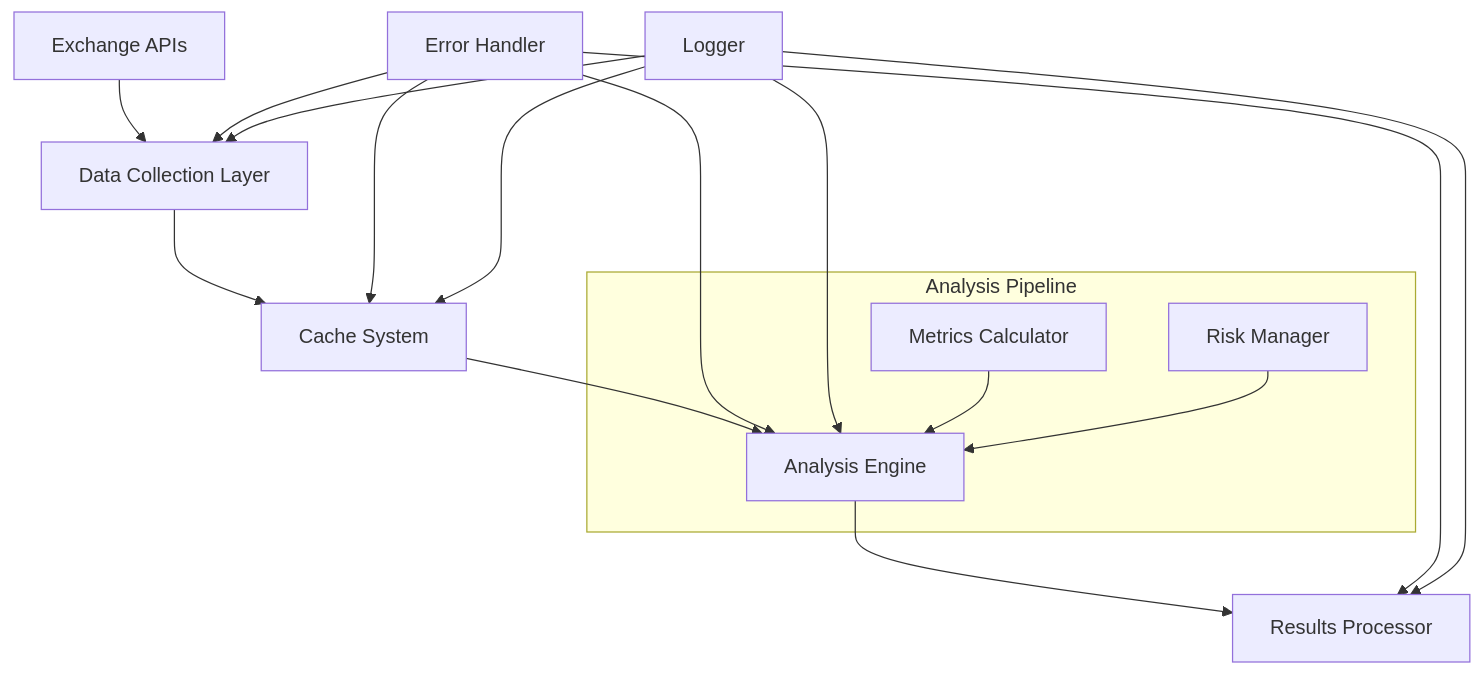
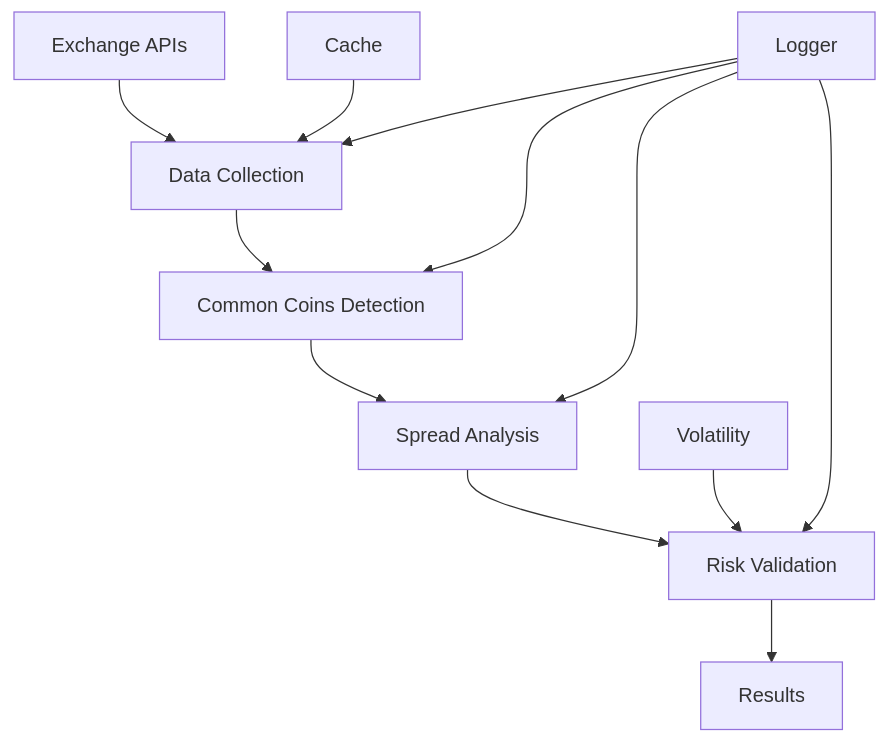
Before and after one commit to nadeko0/arbitrage_analysis: the first of 2 diagrams in README.md, drawn with Mermaid. The commit also changed other lines of this file, not shown here.

````diff
--- a/README.md
+++ b/README.md
@@ -106,18 +103,12 @@
 ```mermaid
 graph TB
-    A[Exchange APIs] --> B[Data Collection Layer]
-    B --> C[Cache System]
-    C --> D[Analysis Engine]
-    D --> E[Results Processor]
+    A[Exchange APIs] --> B[Data Collection]
+    B --> C[Common Coins Detection]
+    C --> D[Spread Analysis]
+    D --> E[Risk Validation]
+    E --> F[Results]
     
-    F[Error Handler] --> B & C & D & E
     G[Logger] --> B & C & D & E
-    H[Metrics Calculator] --> D
-    I[Risk Manager] --> D
-    
-    subgraph "Analysis Pipeline"
-        D
-        H
-        I
-    end
+    H[Cache] --> B
+    I[Volatility] --> E
 ```
````
